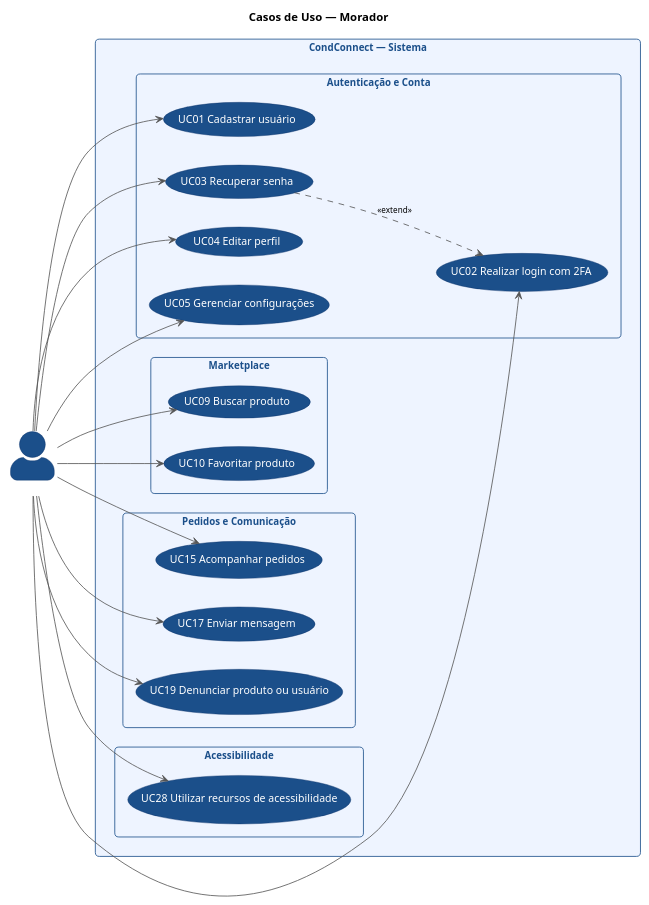
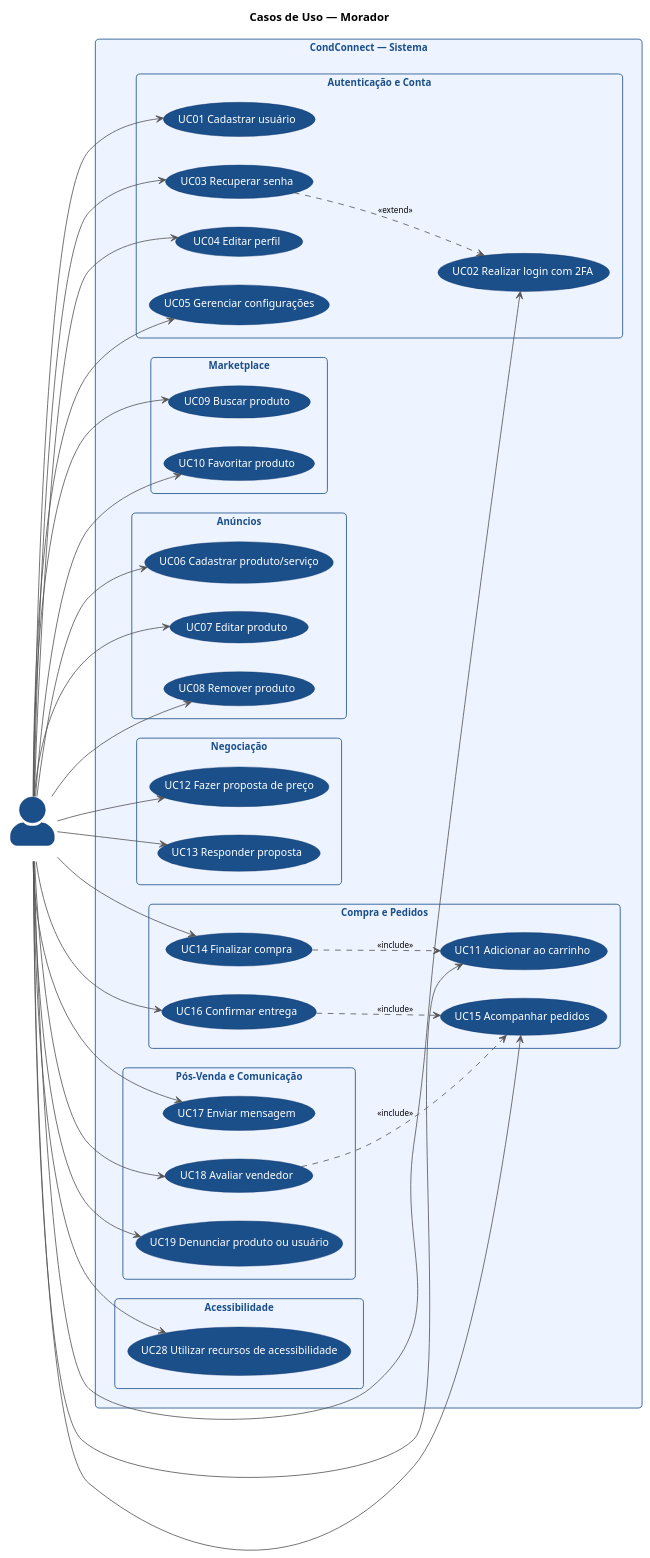
Before and after one commit to TCC-CAS/tcc-2025-1-e-2-condconnect: the diagram in docs/uc_morador.puml, drawn with PlantUML.

Commit message:
fix: todos os UCs distribuidos corretamente por ator - Morador inclui Morador/Vendedor e Morador/Comprador

```diff
--- a/docs/uc_morador.puml
+++ b/docs/uc_morador.puml
@@ -1,77 +1,107 @@
 @startuml UC_Morador
 
 left to right direction
 skinparam actorStyle awesome
 skinparam backgroundColor #FFFFFF
 skinparam defaultFontName Arial
 
 skinparam usecase {
     BackgroundColor #1B4F8A
     FontColor white
     BorderColor #0D3369
     FontSize 13
     Padding 12
 }
 skinparam actor {
     BackgroundColor #1B4F8A
     FontColor white
     BorderColor #0D3369
     FontSize 14
     FontStyle bold
 }
 skinparam rectangle {
     BackgroundColor #EEF4FF
     BorderColor #1B4F8A
     FontColor #1B4F8A
     FontSize 12
     FontStyle bold
     RoundCorner 10
 }
 skinparam ArrowColor #555555
 skinparam ArrowFontSize 10
 
 title Casos de Uso — Morador
 
 actor "Morador" as M
 
 rectangle "CondConnect — Sistema" {
 
     rectangle "Autenticação e Conta" {
         (UC01 Cadastrar usuário) as UC01
         (UC02 Realizar login com 2FA) as UC02
         (UC03 Recuperar senha) as UC03
         (UC04 Editar perfil) as UC04
         (UC05 Gerenciar configurações) as UC05
     }
 
     rectangle "Marketplace" {
         (UC09 Buscar produto) as UC09
         (UC10 Favoritar produto) as UC10
     }
 
-    rectangle "Pedidos e Comunicação" {
+    rectangle "Anúncios" {
+        (UC06 Cadastrar produto/serviço) as UC06
+        (UC07 Editar produto) as UC07
+        (UC08 Remover produto) as UC08
+    }
+
+    rectangle "Negociação" {
+        (UC12 Fazer proposta de preço) as UC12
+        (UC13 Responder proposta) as UC13
+    }
+
+    rectangle "Compra e Pedidos" {
+        (UC11 Adicionar ao carrinho) as UC11
+        (UC14 Finalizar compra) as UC14
         (UC15 Acompanhar pedidos) as UC15
+        (UC16 Confirmar entrega) as UC16
+    }
+
+    rectangle "Pós-Venda e Comunicação" {
         (UC17 Enviar mensagem) as UC17
+        (UC18 Avaliar vendedor) as UC18
         (UC19 Denunciar produto ou usuário) as UC19
     }
 
     rectangle "Acessibilidade" {
         (UC28 Utilizar recursos de acessibilidade) as UC28
     }
 }
 
 M --> UC01
 M --> UC02
 M --> UC03
 M --> UC04
 M --> UC05
+M --> UC06
+M --> UC07
+M --> UC08
 M --> UC09
 M --> UC10
+M --> UC11
+M --> UC12
+M --> UC13
+M --> UC14
 M --> UC15
+M --> UC16
 M --> UC17
+M --> UC18
 M --> UC19
 M --> UC28
 
 UC03 ..> UC02 : <<extend>>
+UC14 ..> UC11 : <<include>>
+UC16 ..> UC15 : <<include>>
+UC18 ..> UC15 : <<include>>
 
 @enduml
```
